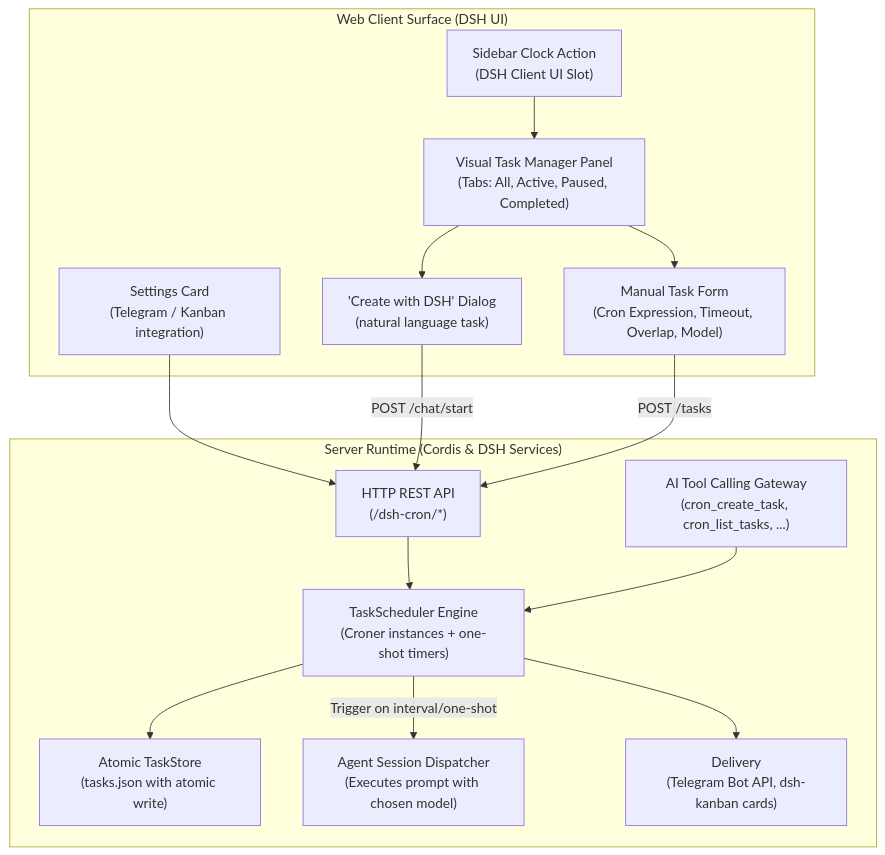
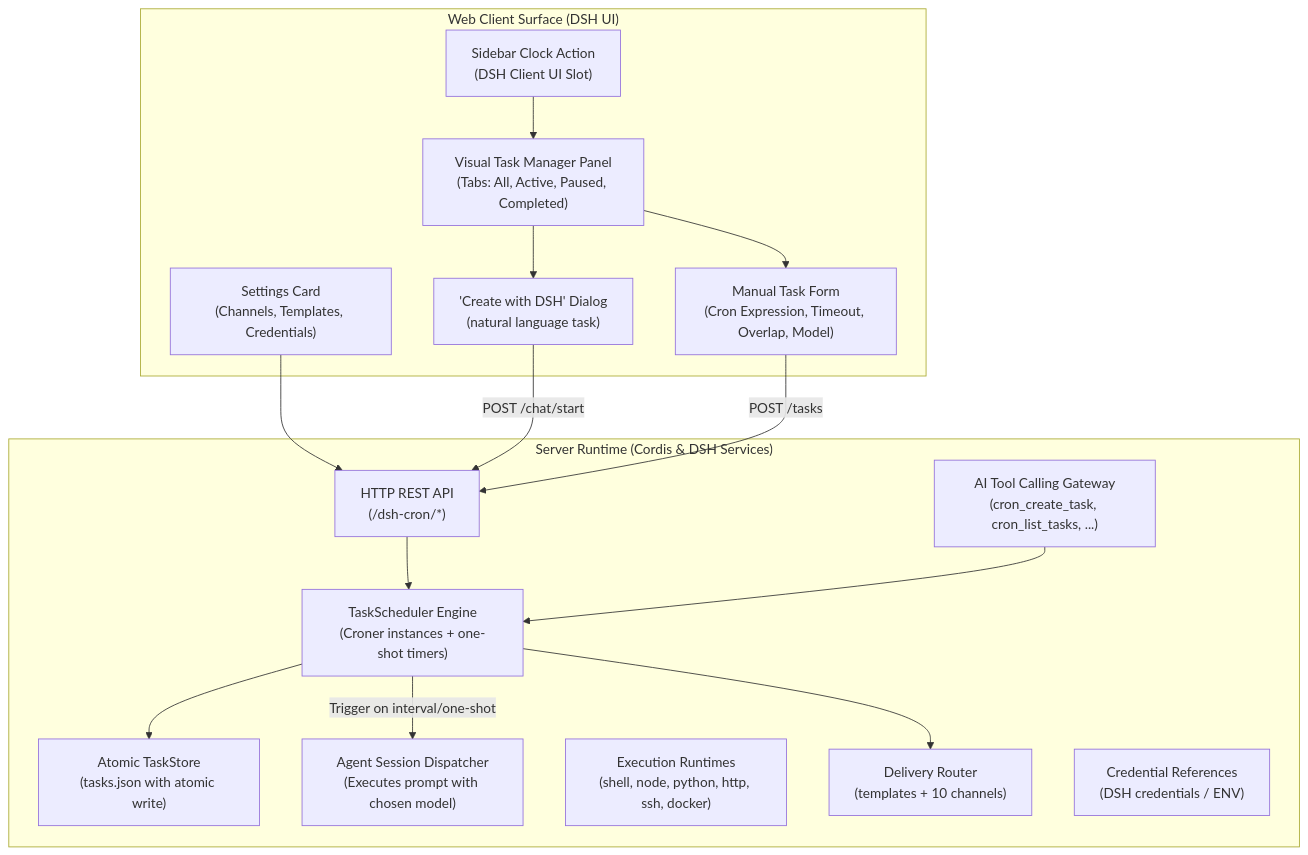
One commit to GooDAnDReaDY/dsh-cron changed the diagram in README.md. Above: the diagram before and after it, drawn with Mermaid. The commit also changed other lines of this file and 5 other files, not shown here.

First line of the commit message:
docs: describe runtimes, delivery channels, templates and credential references

````diff
--- a/README.md
+++ b/README.md
@@ -43,31 +45,33 @@
 ```mermaid
 graph TD
     subgraph Client ["Web Client Surface (DSH UI)"]
         SidebarBtn["Sidebar Clock Action<br/>(DSH Client UI Slot)"]
         Overlay["Visual Task Manager Panel<br/>(Tabs: All, Active, Paused, Completed)"]
         CreateWithDSH["'Create with DSH' Dialog<br/>(natural language task)"]
         ManualForm["Manual Task Form<br/>(Cron Expression, Timeout, Overlap, Model)"]
-        SettingsCard["Settings Card<br/>(Telegram / Kanban integration)"]
+        SettingsCard["Settings Card<br/>(Channels, Templates, Credentials)"]
     end
 
     subgraph Server ["Server Runtime (Cordis & DSH Services)"]
         HttpRoutes["HTTP REST API<br/>(/dsh-cron/*)"]
         AgentTools["AI Tool Calling Gateway<br/>(cron_create_task, cron_list_tasks, ...)"]
         Scheduler["TaskScheduler Engine<br/>(Croner instances + one-shot timers)"]
         Store["Atomic TaskStore<br/>(tasks.json with atomic write)"]
         AgentRunner["Agent Session Dispatcher<br/>(Executes prompt with chosen model)"]
-        Notify["Delivery<br/>(Telegram Bot API, dsh-kanban cards)"]
+        Runtimes["Execution Runtimes<br/>(shell, node, python, http, ssh, docker)"]
+        Notify["Delivery Router<br/>(templates + 10 channels)"]
+        Secrets["Credential References<br/>(DSH credentials / ENV)"]
     end
 
     SidebarBtn --> Overlay
     Overlay --> CreateWithDSH
     Overlay --> ManualForm
     SettingsCard --> HttpRoutes
     CreateWithDSH -->|POST /chat/start| HttpRoutes
     ManualForm -->|POST /tasks| HttpRoutes
     HttpRoutes --> Scheduler
     AgentTools --> Scheduler
     Scheduler --> Store
     Scheduler -->|Trigger on interval/one-shot| AgentRunner
     Scheduler --> Notify
 ```
````
